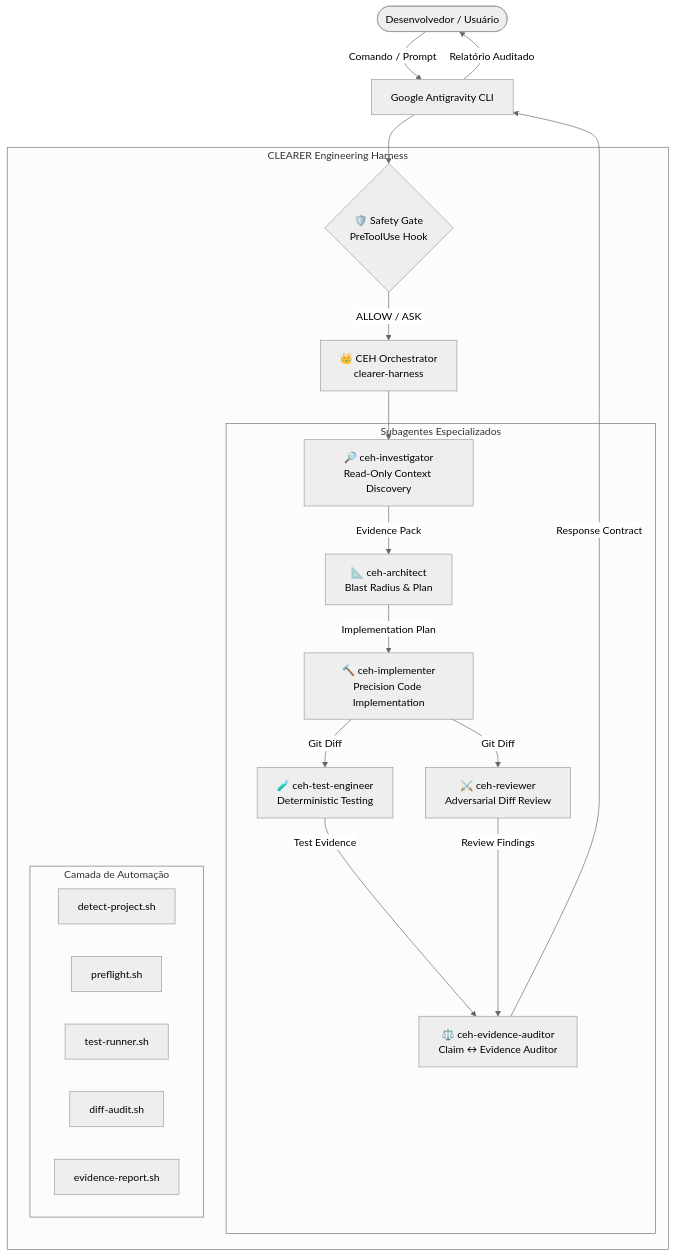
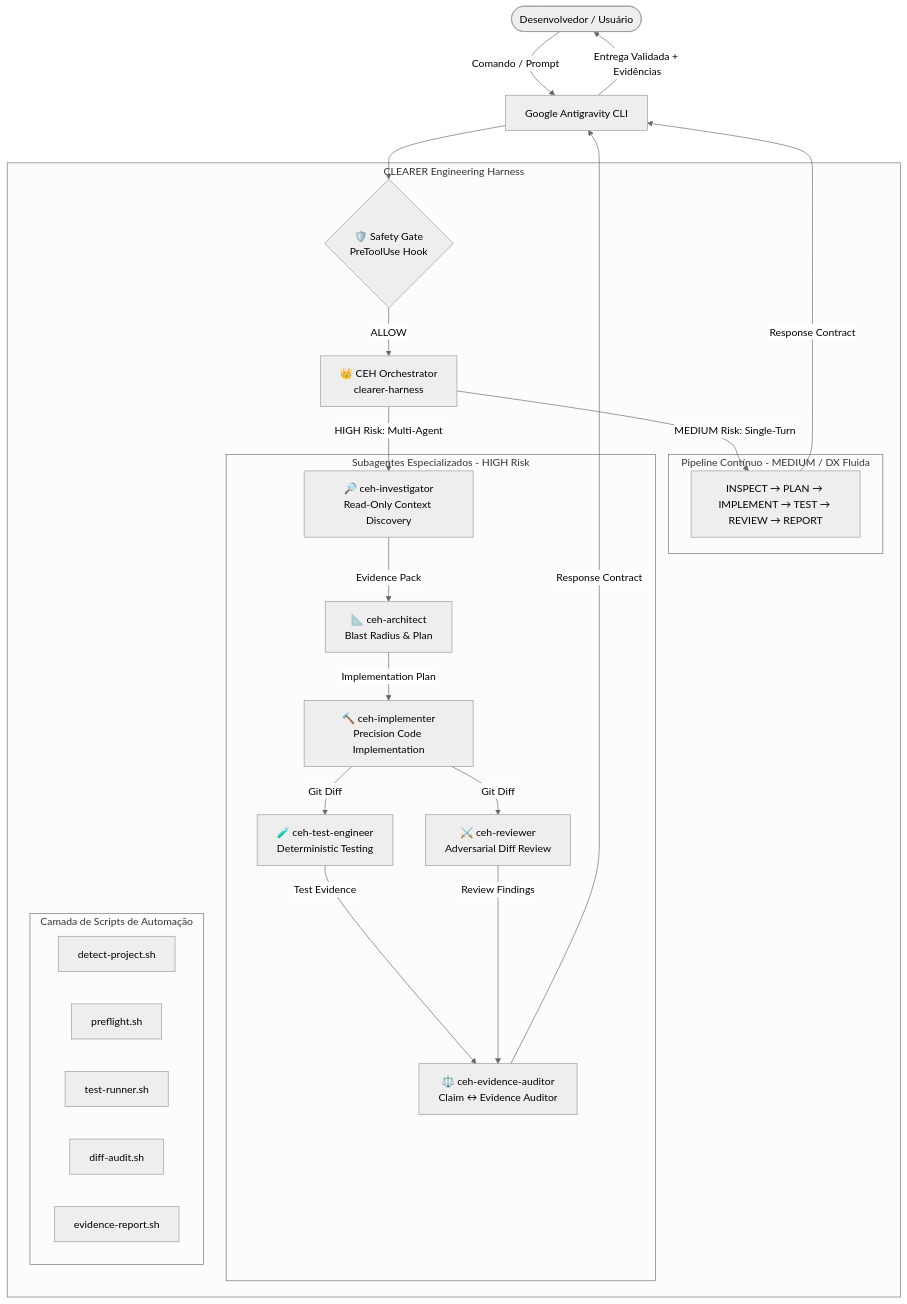
One commit to nandinhos/antigravity-clearer-engineering-harness changed the diagram in docs/architecture.md. Above: the diagram before and after it, drawn with Mermaid (neutral theme). The commit also changed other lines of this file and 19 other files, not shown here.

````diff
--- a/docs/architecture.md
+++ b/docs/architecture.md
@@ -9,38 +9,44 @@
 ```mermaid
 graph TD
     User([Desenvolvedor / Usuário]) -->|Comando / Prompt| AGY[Google Antigravity CLI]
     
     subgraph CEH_HARNESS [CLEARER Engineering Harness]
         ORCH[👑 CEH Orchestrator<br/>clearer-harness]
         SG{🛡️ Safety Gate<br/>PreToolUse Hook}
         
-        subgraph SPECIALIZED_AGENTS [Subagentes Especializados]
+        subgraph PIPELINE_MEDIUM [Pipeline Contínuo - MEDIUM / DX Fluida]
+            FLOW[INSPECT → PLAN → IMPLEMENT → TEST → REVIEW → REPORT]
+        end
+
+        subgraph SPECIALIZED_AGENTS [Subagentes Especializados - HIGH Risk]
             INV[🔎 ceh-investigator<br/>Read-Only Context Discovery]
             ARC[📐 ceh-architect<br/>Blast Radius & Plan]
             IMP[🔨 ceh-implementer<br/>Precision Code Implementation]
             TST[🧪 ceh-test-engineer<br/>Deterministic Testing]
             REV[⚔️ ceh-reviewer<br/>Adversarial Diff Review]
             AUD[⚖️ ceh-evidence-auditor<br/>Claim ↔ Evidence Auditor]
         end
         
-        subgraph SCRIPTS_LAYER [Camada de Automação]
+        subgraph SCRIPTS_LAYER [Camada de Scripts de Automação]
             S1[detect-project.sh]
             S2[preflight.sh]
             S3[test-runner.sh]
             S4[diff-audit.sh]
             S5[evidence-report.sh]
         end
     end
 
     AGY --> SG
-    SG -->|ALLOW / ASK| ORCH
-    ORCH --> INV
+    SG -->|ALLOW| ORCH
+    ORCH -->|MEDIUM Risk: Single-Turn| FLOW
+    ORCH -->|HIGH Risk: Multi-Agent| INV
     INV -->|Evidence Pack| ARC
     ARC -->|Implementation Plan| IMP
     IMP -->|Git Diff| TST
     IMP -->|Git Diff| REV
     TST -->|Test Evidence| AUD
     REV -->|Review Findings| AUD
     AUD -->|Response Contract| AGY
-    AGY -->|Relatório Auditado| User
+    FLOW -->|Response Contract| AGY
+    AGY -->|Entrega Validada + Evidências| User
 ```
````
